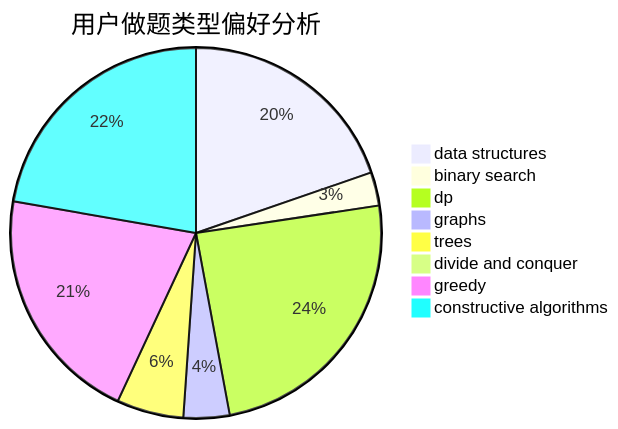
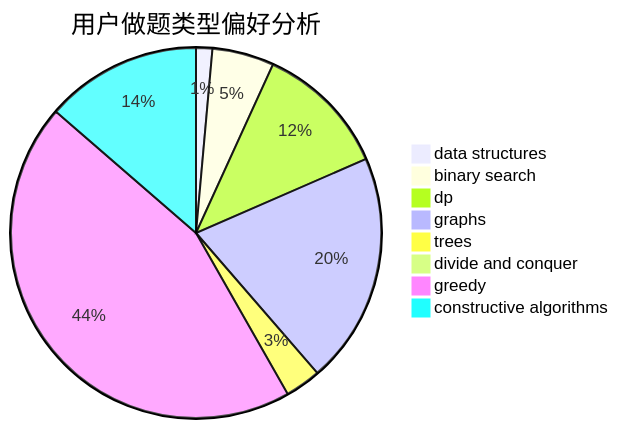
One commit to sherpahu/cfrs.github.io changed the second of 3 diagrams in docs/user/u2554.md. Above: the diagram before and after it, drawn with Mermaid. The commit also changed other lines of this file and 2770 other files, not shown here.

````diff
--- a/docs/user/u2554.md
+++ b/docs/user/u2554.md
@@ -23,11 +23,11 @@
 ```mermaid
 pie title 用户做题类型偏好分析
-    "data structures" :  54
-    "binary search" :  8
-    "dp" :  67
-    "graphs" :  11
-    "trees" :  16
-    "divide and conquer" :  0
-    "greedy" :  57
-    "constructive algorithms" :  61
+    "data structures" :  5
+    "binary search" :  19
+    "dp" :  41
+    "graphs" :  71
+    "trees" :  11
+    "divide and conquer" :  1
+    "greedy" :  157
+    "constructive algorithms" :  48
 ```
````
